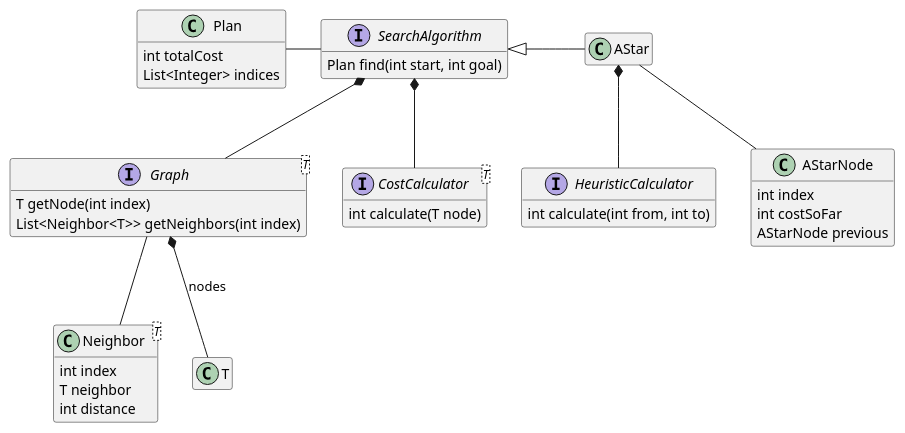
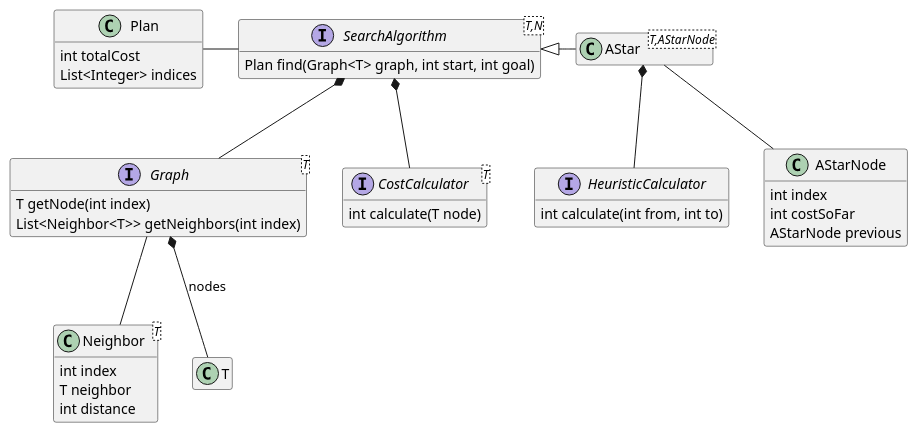
One commit to Orchaldir/Arena changed the diagram in docs/design/ai/navigation.puml. Above: the diagram before and after it, drawn with PlantUML. The commit also changed 2 other files, not shown here.

```diff
--- a/docs/design/ai/navigation.puml
+++ b/docs/design/ai/navigation.puml
@@ -1,49 +1,54 @@
 @startuml
 
 hide empty members
 
 interface Graph<T> {
   T getNode(int index)
   List<Neighbor<T>> getNeighbors(int index)
 }
+
 interface CostCalculator<T> {
   int calculate(T node)
 }
+
 interface HeuristicCalculator {
   int calculate(int from, int to)
 }
-interface SearchAlgorithm {
-  Plan find(int start, int goal)
+
+interface SearchAlgorithm<T,N> {
+  Plan find(Graph<T> graph, int start, int goal)
 }
-class AStar
+
+class AStar<T,AStarNode>
+
 class AStarNode {
   int index
   int costSoFar
   AStarNode previous
 }
 
 class Plan {
   int totalCost
   List<Integer> indices
 }
 
 class Neighbor<T> {
   int index
   T neighbor
   int distance
 }
 
 SearchAlgorithm <|-right- AStar
 SearchAlgorithm *-- Graph
 SearchAlgorithm *-- CostCalculator
 SearchAlgorithm -left- Plan
 
 AStar *-- HeuristicCalculator
 
 AStar -- AStarNode
 
 Graph *-- T : nodes
 Graph -- Neighbor
 
 
 @enduml
```
